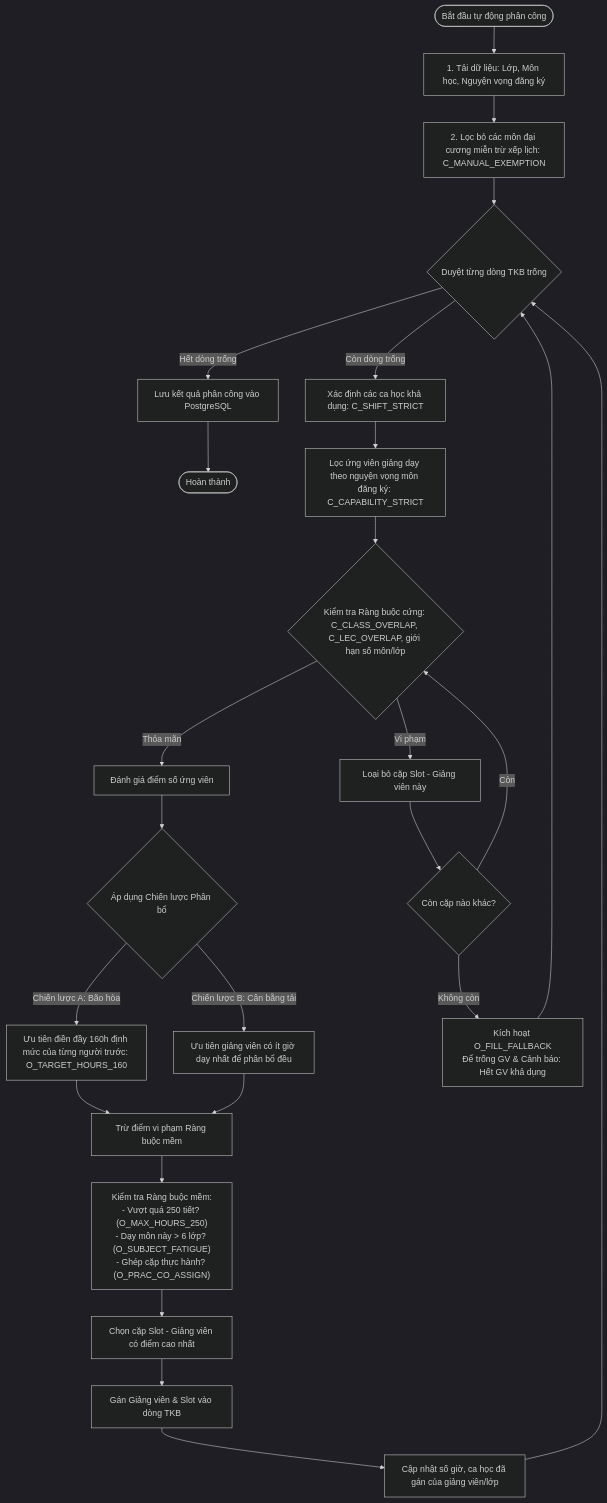
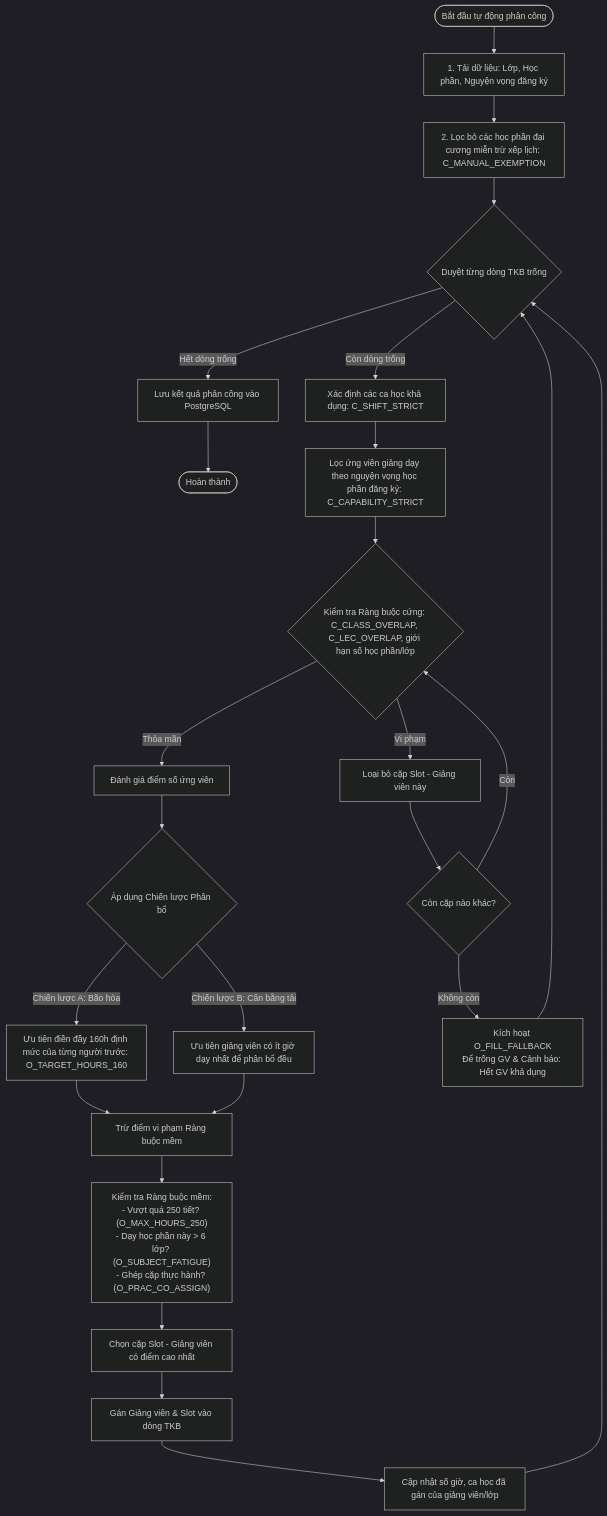
The second of 2 diagrams in docs/Báo cáo đồ án, nghiên cứu khoa học/chương_2.md (khuong-d4ng/PROJECT_1_SCHEDULE_BACKUP), drawn with Mermaid (dark theme) before and after one commit. The commit also changed other lines of this file and 17 other files, not shown here.

````diff
--- a/docs/Báo cáo đồ án, nghiên cứu khoa học/chương_2.md
+++ b/docs/Báo cáo đồ án, nghiên cứu khoa học/chương_2.md
@@ -232,37 +232,37 @@
 ```mermaid
 flowchart TD
-    Start([Bắt đầu tự động phân công]) --> LoadData[1. Tải dữ liệu: Lớp, Môn học, Nguyện vọng đăng ký]
-    LoadData --> FilterExempt[2. Lọc bỏ các môn đại cương miễn trừ xếp lịch: C_MANUAL_EXEMPTION]
+    Start([Bắt đầu tự động phân công]) --> LoadData[1. Tải dữ liệu: Lớp, Học phần, Nguyện vọng đăng ký]
+    LoadData --> FilterExempt[2. Lọc bỏ các học phần đại cương miễn trừ xếp lịch: C_MANUAL_EXEMPTION]
     FilterExempt --> LoopRows{Duyệt từng dòng TKB trống}
     
     LoopRows -- Hết dòng trống --> CommitDB[Lưu kết quả phân công vào PostgreSQL] --> End([Hoàn thành])
     
     LoopRows -- Còn dòng trống --> DetermineSlots[Xác định các ca học khả dụng: C_SHIFT_STRICT]
-    DetermineSlots --> GetCandidates[Lọc ứng viên giảng dạy theo nguyện vọng môn đăng ký: C_CAPABILITY_STRICT]
+    DetermineSlots --> GetCandidates[Lọc ứng viên giảng dạy theo nguyện vọng học phần đăng ký: C_CAPABILITY_STRICT]
     
-    GetCandidates --> FilterHard{Kiểm tra Ràng buộc cứng: C_CLASS_OVERLAP, C_LEC_OVERLAP, giới hạn số môn/lớp}
+    GetCandidates --> FilterHard{Kiểm tra Ràng buộc cứng: C_CLASS_OVERLAP, C_LEC_OVERLAP, giới hạn số học phần/lớp}
     
     FilterHard -- Vi phạm --> ExcludeCombo[Loại bỏ cặp Slot - Giảng viên này]
     ExcludeCombo --> TryNextCombo{Còn cặp nào khác?}
     
     FilterHard -- Thỏa mãn --> ScoreCandidates[Đánh giá điểm số ứng viên]
     
     ScoreCandidates --> ApplyStrategy{Áp dụng Chiến lược Phân bổ}
     ApplyStrategy -->|Chiến lược A: Bão hòa| Saturation[Ưu tiên điền đầy 160h định mức của từng người trước: O_TARGET_HOURS_160]
     ApplyStrategy -->|Chiến lược B: Cân bằng tải| LoadBalancing[Ưu tiên giảng viên có ít giờ dạy nhất để phân bổ đều]
     
     Saturation --> ApplySoftPenalties[Trừ điểm vi phạm Ràng buộc mềm]
     LoadBalancing --> ApplySoftPenalties
     
-    ApplySoftPenalties --> SoftConstraints["Kiểm tra Ràng buộc mềm:<br>- Vượt quá 250 tiết? (O_MAX_HOURS_250)<br>- Dạy môn này > 6 lớp? (O_SUBJECT_FATIGUE)<br>- Ghép cặp thực hành? (O_PRAC_CO_ASSIGN)"]
+    ApplySoftPenalties --> SoftConstraints["Kiểm tra Ràng buộc mềm:<br>- Vượt quá 250 tiết? (O_MAX_HOURS_250)<br>- Dạy học phần này > 6 lớp? (O_SUBJECT_FATIGUE)<br>- Ghép cặp thực hành? (O_PRAC_CO_ASSIGN)"]
     
     SoftConstraints --> SelectBest[Chọn cặp Slot - Giảng viên có điểm cao nhất]
     SelectBest --> Assign[Gán Giảng viên & Slot vào dòng TKB]
     Assign --> UpdateTracking[Cập nhật số giờ, ca học đã gán của giảng viên/lớp]
     UpdateTracking --> LoopRows
     
     TryNextCombo -- Không còn --> Fallback[Kích hoạt O_FILL_FALLBACK<br>Để trống GV & Cảnh báo: Hết GV khả dụng]
     Fallback --> LoopRows
     
     TryNextCombo -- Còn --> FilterHard
 ```
````
